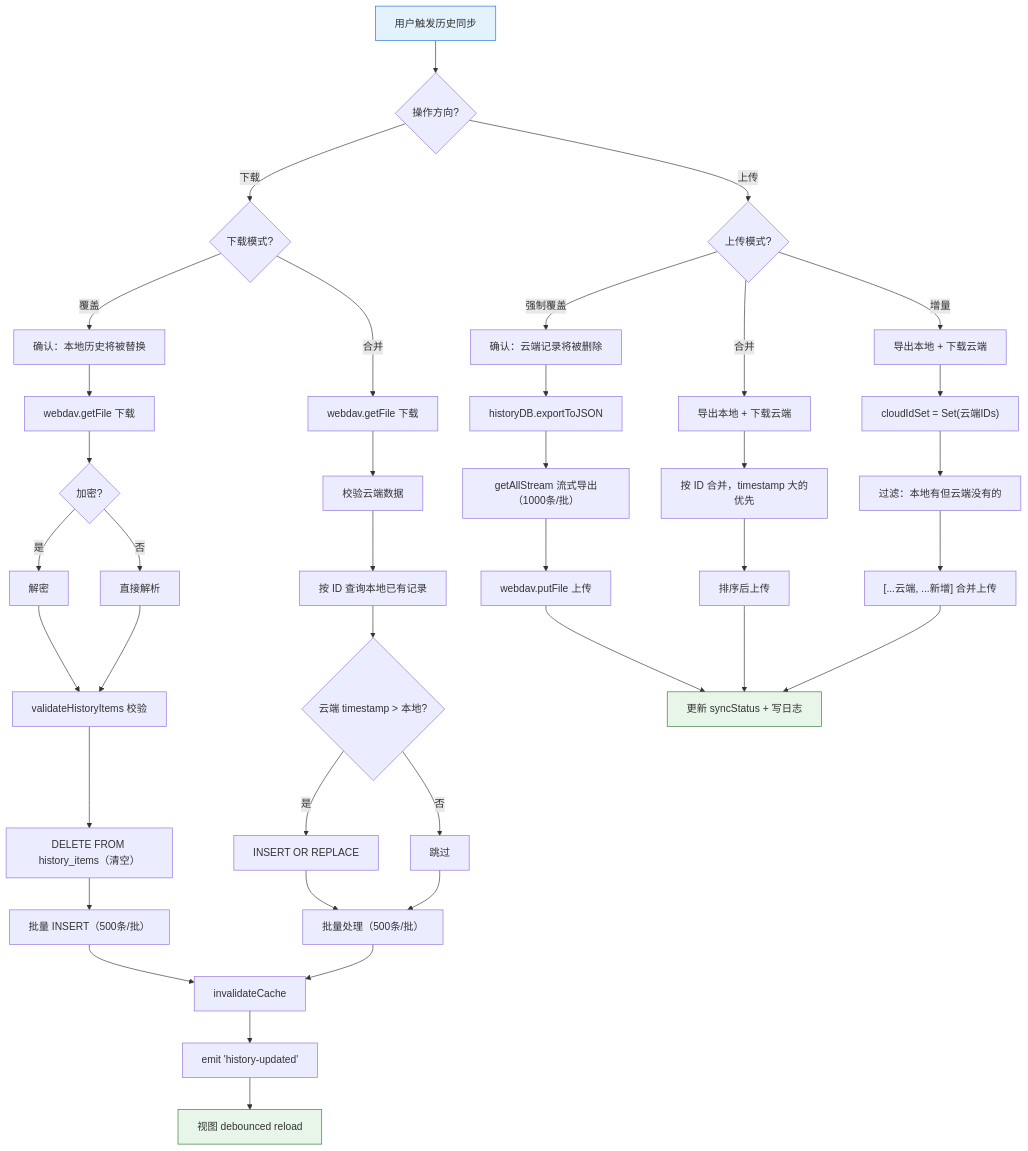
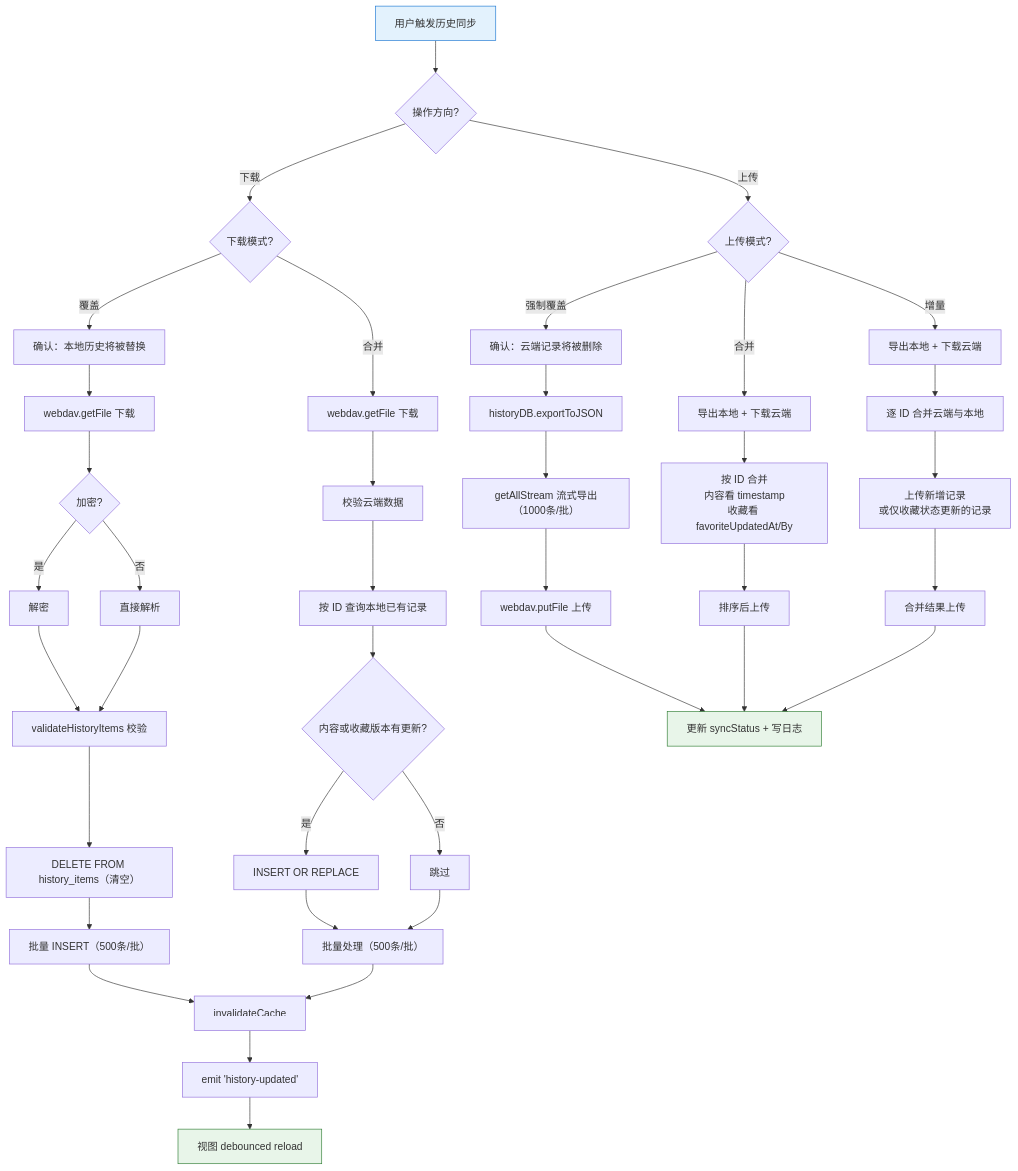
One commit to joeyliu6/PicNexus changed the second of 3 diagrams in docs/flows/sync-flow.md. Above: the diagram before and after it, drawn with Mermaid. The commit also changed other lines of this file and 22 other files, not shown here.

````diff
--- a/docs/flows/sync-flow.md
+++ b/docs/flows/sync-flow.md
@@ -67,52 +67,52 @@
 ```mermaid
 flowchart TD
     A[用户触发历史同步] --> B{操作方向?}
 
     %% 上传历史
     B -- 上传 --> C{上传模式?}
 
     C -- 强制覆盖 --> D[确认：云端记录将被删除]
     D --> D1[historyDB.exportToJSON]
     D1 --> D2["getAllStream 流式导出（1000条/批）"]
     D2 --> D3[webdav.putFile 上传]
 
     C -- 合并 --> E[导出本地 + 下载云端]
-    E --> E1["按 ID 合并，timestamp 大的优先"]
+    E --> E1["按 ID 合并<br/>内容看 timestamp<br/>收藏看 favoriteUpdatedAt/By"]
     E1 --> E2[排序后上传]
 
     C -- 增量 --> F[导出本地 + 下载云端]
-    F --> F1["cloudIdSet = Set(云端IDs)"]
-    F1 --> F2["过滤：本地有但云端没有的"]
-    F2 --> F3["[...云端, ...新增] 合并上传"]
+    F --> F1["逐 ID 合并云端与本地"]
+    F1 --> F2["上传新增记录<br/>或仅收藏状态更新的记录"]
+    F2 --> F3["合并结果上传"]
 
     %% 下载历史
     B -- 下载 --> G{下载模式?}
 
     G -- 覆盖 --> H[确认：本地历史将被替换]
     H --> H1[webdav.getFile 下载]
     H1 --> H2{加密?}
     H2 -- 是 --> H3[解密]
     H2 -- 否 --> H4[直接解析]
     H3 & H4 --> H5[validateHistoryItems 校验]
     H5 --> H6["DELETE FROM history_items（清空）"]
     H6 --> H7["批量 INSERT（500条/批）"]
 
     G -- 合并 --> I[webdav.getFile 下载]
     I --> I1[校验云端数据]
     I1 --> I2["按 ID 查询本地已有记录"]
-    I2 --> I3{"云端 timestamp > 本地?"}
+    I2 --> I3{"内容或收藏版本有更新?"}
     I3 -- 是 --> I4[INSERT OR REPLACE]
     I3 -- 否 --> I5[跳过]
     I4 & I5 --> I6["批量处理（500条/批）"]
 
     H7 & I6 --> J[invalidateCache]
     J --> K["emit 'history-updated'"]
     K --> L[视图 debounced reload]
 
     D3 & E2 & F3 --> M[更新 syncStatus + 写日志]
 
     %% 样式
     style A fill:#e3f2fd,stroke:#1976d2
     style M fill:#e8f5e9,stroke:#2e7d32
     style L fill:#e8f5e9,stroke:#2e7d32
 ```
````
